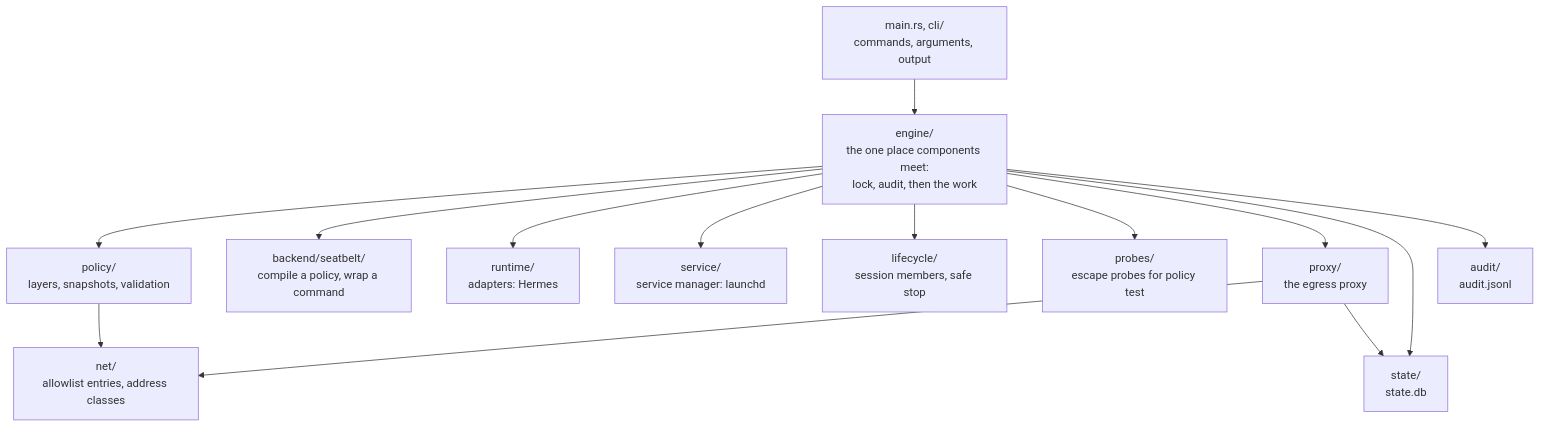
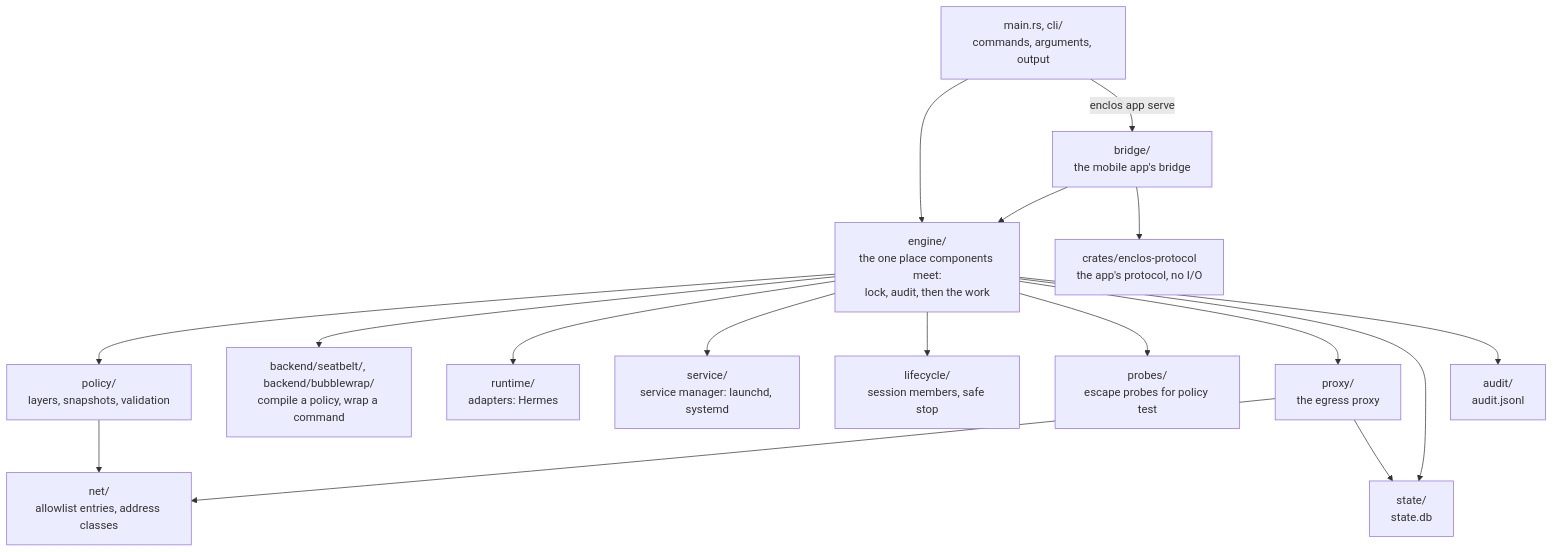
Before and after one commit to victorbonnet/enclos: the second of 3 diagrams in docs/architecture.md, drawn with Mermaid. The commit also changed other lines of this file and 29 other files, not shown here.

Commit message:
docs: align design, protocol and glossary with what main builds (#260)

````diff
--- a/docs/architecture.md
+++ b/docs/architecture.md
@@ -61,18 +61,22 @@
 ```mermaid
 flowchart TB
   main["main.rs, cli/<br/>commands, arguments, output"] --> engine["engine/<br/>the one place components meet:<br/>lock, audit, then the work"]
 
   engine --> policy["policy/<br/>layers, snapshots, validation"]
-  engine --> backend["backend/seatbelt/<br/>compile a policy, wrap a command"]
+  engine --> backend["backend/seatbelt/, backend/bubblewrap/<br/>compile a policy, wrap a command"]
   engine --> runtime["runtime/<br/>adapters: Hermes"]
-  engine --> service["service/<br/>service manager: launchd"]
+  engine --> service["service/<br/>service manager: launchd, systemd"]
   engine --> lifecycle["lifecycle/<br/>session members, safe stop"]
   engine --> probes["probes/<br/>escape probes for policy test"]
   engine --> proxy["proxy/<br/>the egress proxy"]
   engine --> state["state/<br/>state.db"]
   engine --> audit["audit/<br/>audit.jsonl"]
 
+  main -->|"enclos app serve"| bridge["bridge/<br/>the mobile app's bridge"]
+  bridge --> engine
+  bridge --> protocol["crates/enclos-protocol<br/>the app's protocol, no I/O"]
+
   policy --> netmod["net/<br/>allowlist entries, address classes"]
   proxy --> netmod
   proxy --> state
 ```
````
